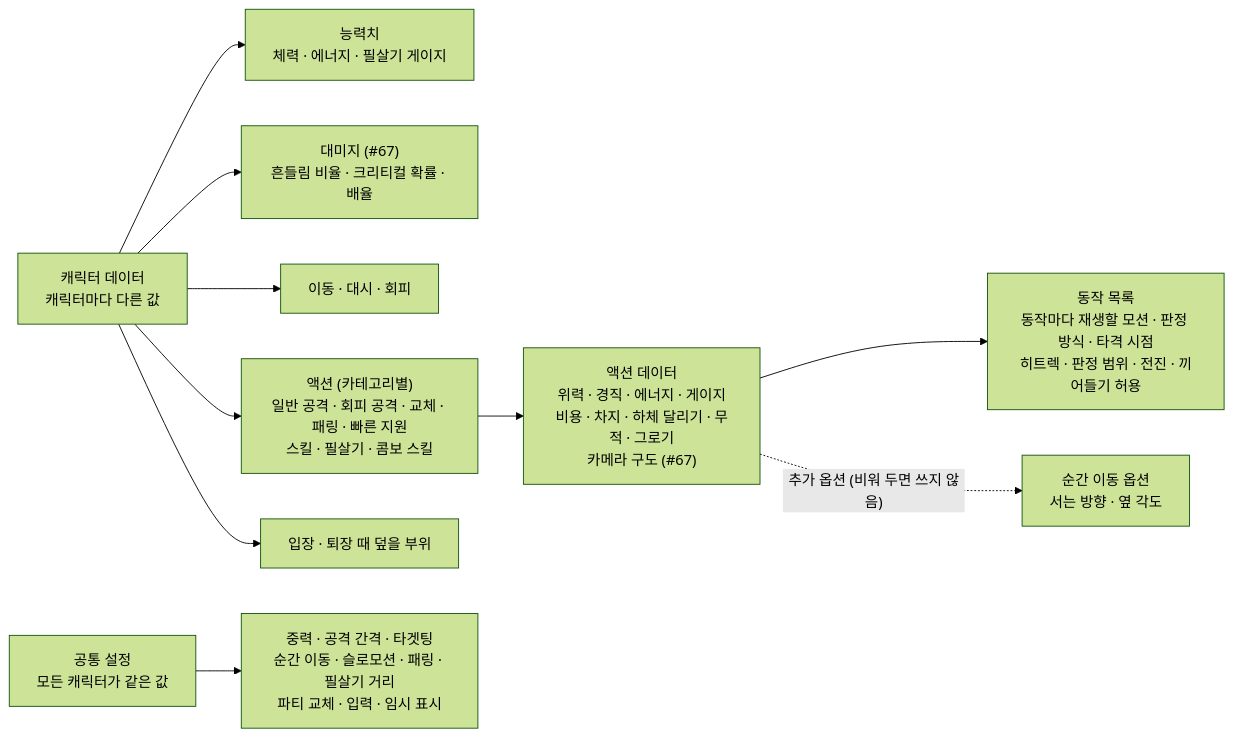
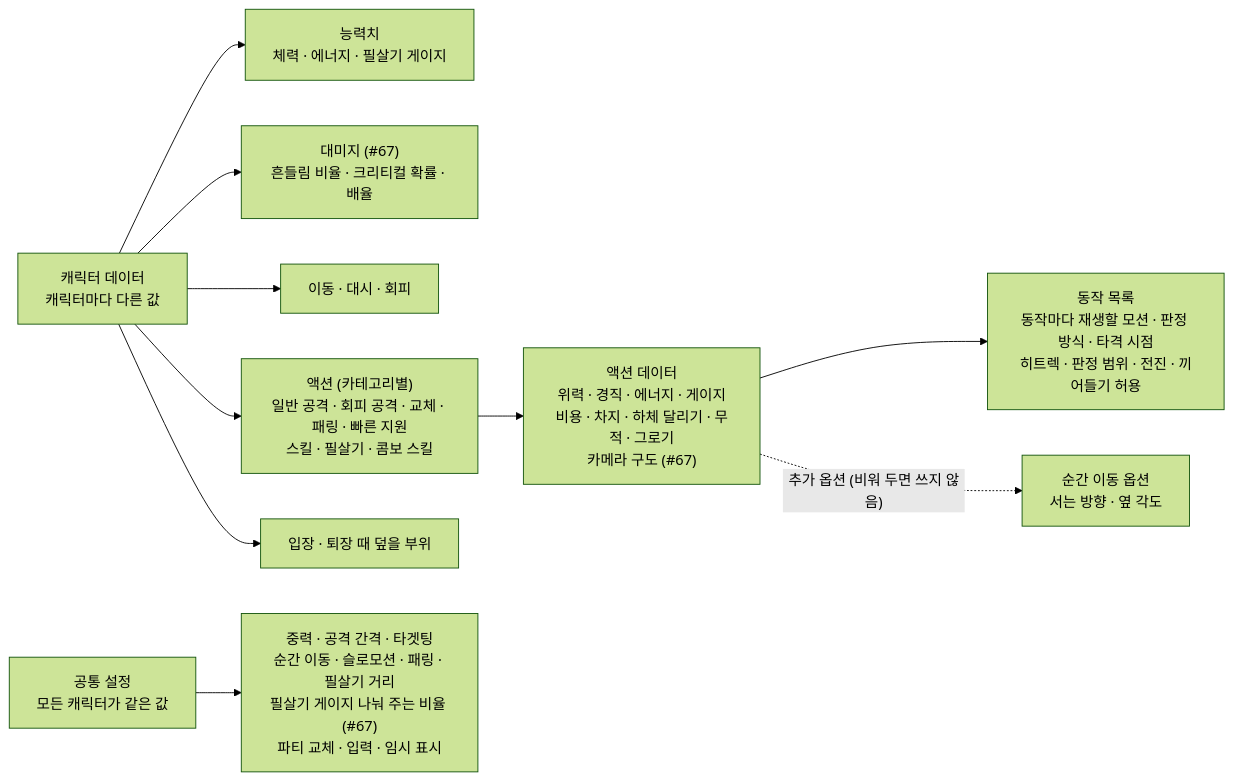
One commit to SquashPrince/Develrocket_mp15_HHH changed the third of 6 diagrams in Docs/Technical/Player/PlayerStructure.md. Above: the diagram before and after it, drawn with Mermaid (forest theme). The commit also changed 10 other files, not shown here.

````diff
--- a/Docs/Technical/Player/PlayerStructure.md
+++ b/Docs/Technical/Player/PlayerStructure.md
@@ -90,12 +90,12 @@
 ```mermaid
 flowchart LR
     CH["캐릭터 데이터<br>캐릭터마다 다른 값"] --> STT["능력치<br>체력 · 에너지 · 필살기 게이지"]
     CH --> DM["대미지 (#67)<br>흔들림 비율 · 크리티컬 확률 · 배율"]
     CH --> MV["이동 · 대시 · 회피"]
     CH --> AC["액션 (카테고리별)<br>일반 공격 · 회피 공격 · 교체 · 패링 · 빠른 지원<br>스킬 · 필살기 · 콤보 스킬"]
     CH --> SW["입장 · 퇴장 때 덮을 부위"]
     AC --> AD["액션 데이터<br>위력 · 경직 · 에너지 · 게이지<br>비용 · 차지 · 하체 달리기 · 무적 · 그로기<br>카메라 구도 (#67)"]
     AD --> STP["동작 목록<br>동작마다 재생할 모션 · 판정 방식 · 타격 시점<br>히트렉 · 판정 범위 · 전진 · 끼어들기 허용"]
     AD -.->|"추가 옵션 (비워 두면 쓰지 않음)"| OP["순간 이동 옵션<br>서는 방향 · 옆 각도"]
-    CS["공통 설정<br>모든 캐릭터가 같은 값"] --> R["중력 · 공격 간격 · 타겟팅<br>순간 이동 · 슬로모션 · 패링 · 필살기 거리<br>파티 교체 · 입력 · 임시 표시"]
+    CS["공통 설정<br>모든 캐릭터가 같은 값"] --> R["중력 · 공격 간격 · 타겟팅<br>순간 이동 · 슬로모션 · 패링 · 필살기 거리<br>필살기 게이지 나눠 주는 비율 (#67)<br>파티 교체 · 입력 · 임시 표시"]
 ```
````
